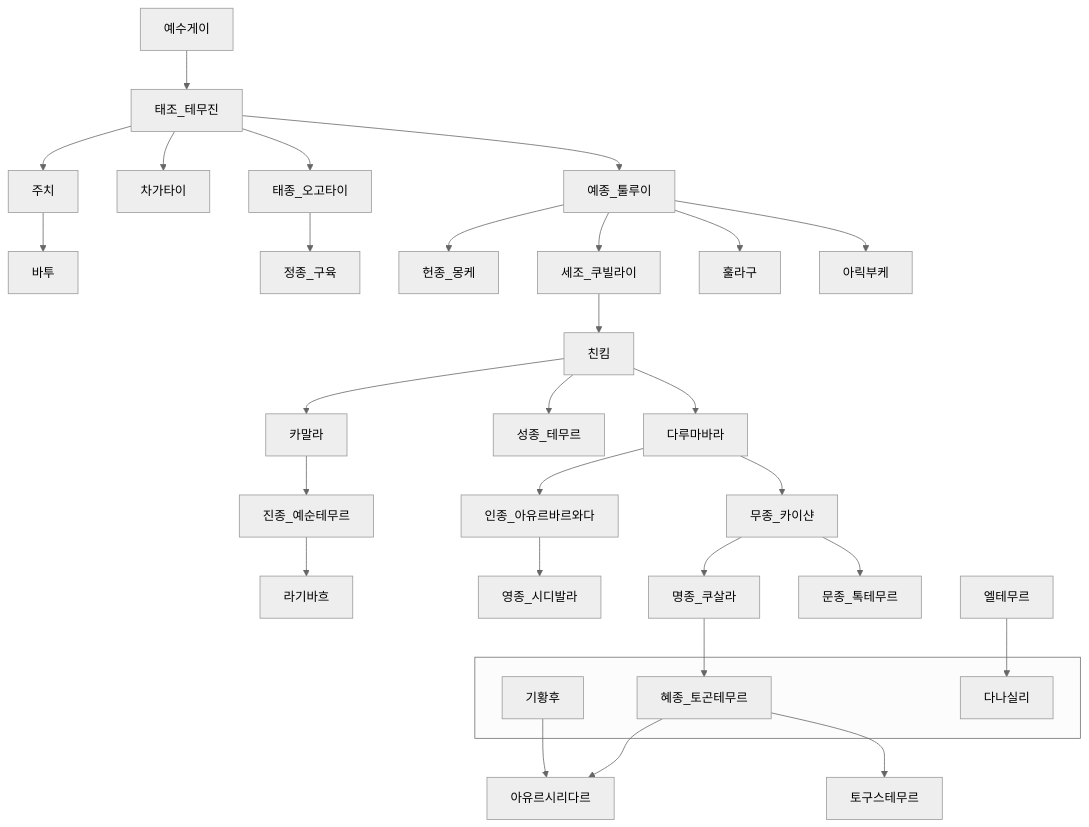
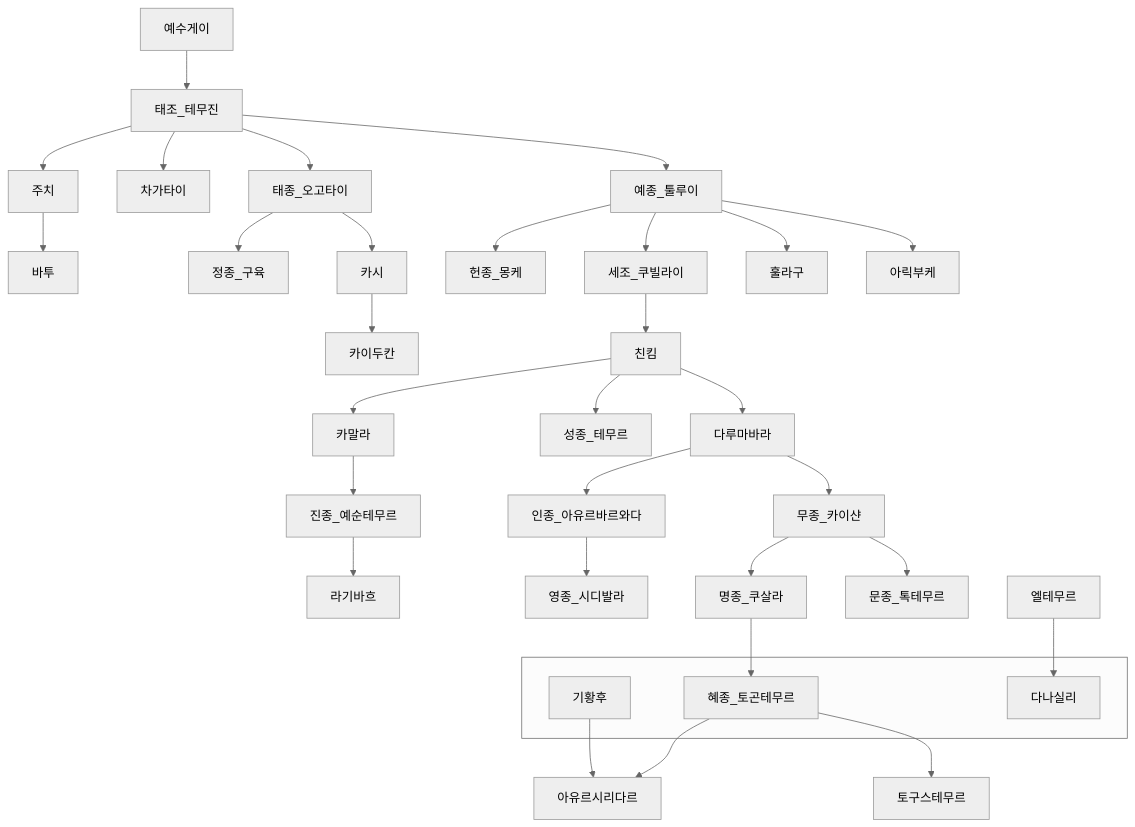
The second of 2 diagrams in 중국사/원왕조.md (daewonyoon/historigram), drawn with Mermaid (neutral theme) before and after one commit. The commit also changed 1 other file, not shown here.

Commit message:
역사...

````diff
--- a/중국사/원왕조.md
+++ b/중국사/원왕조.md
@@ -36,36 +36,37 @@
 ```mermaid
 
 graph TD
 예수게이 --> 태조_테무진 
 태조_테무진 --> 주치 --> 바투
 태조_테무진 --> 차가타이
 태조_테무진 --> 태종_오고타이 --> 정종_구육
 태조_테무진 --> 예종_툴루이
 
+태종_오고타이 --> 카시 --> 카이두칸
 예종_툴루이 --> 헌종_몽케
 예종_툴루이 --> 세조_쿠빌라이 --> 친킴 
 예종_툴루이 --> 훌라구
 예종_툴루이 --> 아릭부케
 
 친킴 --> 카말라
 친킴 --> 성종_테무르
 친킴 --> 다루마바라
 
 카말라 --> 진종_예순테무르 --> 라기바흐
 
 다루마바라 --> 인종_아유르바르와다 --> 영종_시디발라
 다루마바라 --> 무종_카이샨 --> 명종_쿠살라 --> 혜종_토곤테무르 --> 아유르시리다르
 기황후 --> 아유르시리다르
 혜종_토곤테무르 --> 토구스테무르
 
 무종_카이샨 --> 문종_톡테무르
 
 엘테무르 --> 다나실리
 
 subgraph " "
     다나실리
     혜종_토곤테무르
     기황후
 end
 
 ```
````
